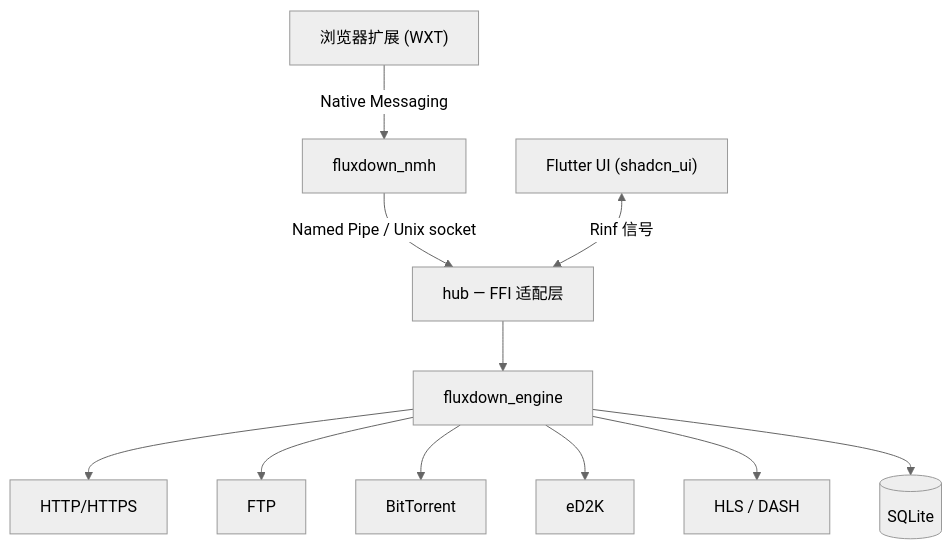
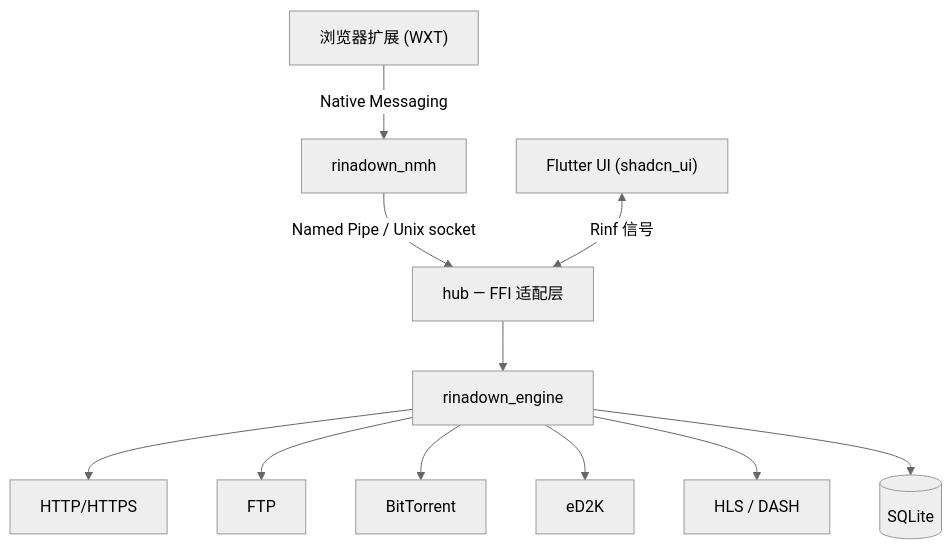
Before and after one commit to shengengfun/RinaDown: the diagram in README.zh-CN.md, drawn with Mermaid (neutral theme). The commit also changed other lines of this file and 738 other files, not shown here.

````diff
--- a/README.zh-CN.md
+++ b/README.zh-CN.md
@@ -136,13 +136,13 @@
 ```mermaid
 flowchart TD
-    EXT["浏览器扩展 (WXT)"] -->|Native Messaging| NMH["fluxdown_nmh"]
+    EXT["浏览器扩展 (WXT)"] -->|Native Messaging| NMH["rinadown_nmh"]
     NMH -->|Named Pipe / Unix socket| HUB
     UI["Flutter UI (shadcn_ui)"] <-->|Rinf 信号| HUB["hub — FFI 适配层"]
-    HUB --> ENGINE["fluxdown_engine"]
+    HUB --> ENGINE["rinadown_engine"]
     ENGINE --> HTTP["HTTP/HTTPS"]
     ENGINE --> FTP["FTP"]
     ENGINE --> BT["BitTorrent"]
     ENGINE --> ED2K["eD2K"]
     ENGINE --> HLS["HLS / DASH"]
     ENGINE --> DB[("SQLite")]
 ```
````
